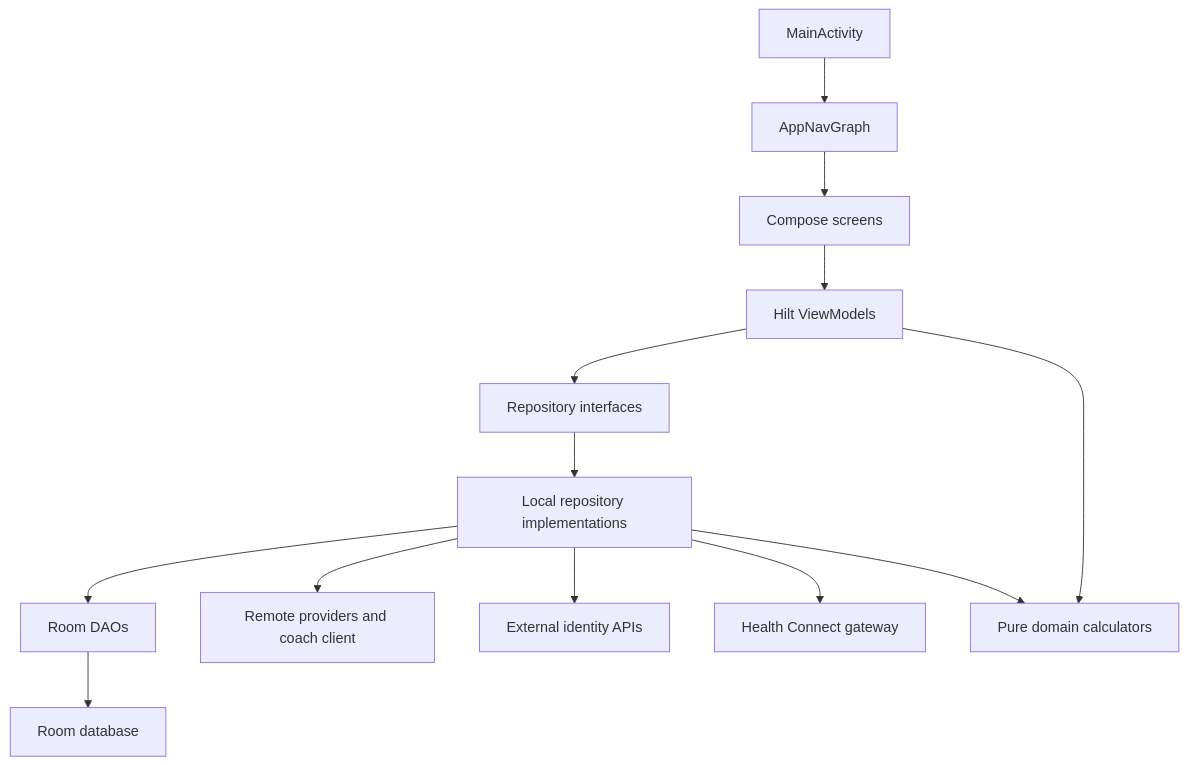
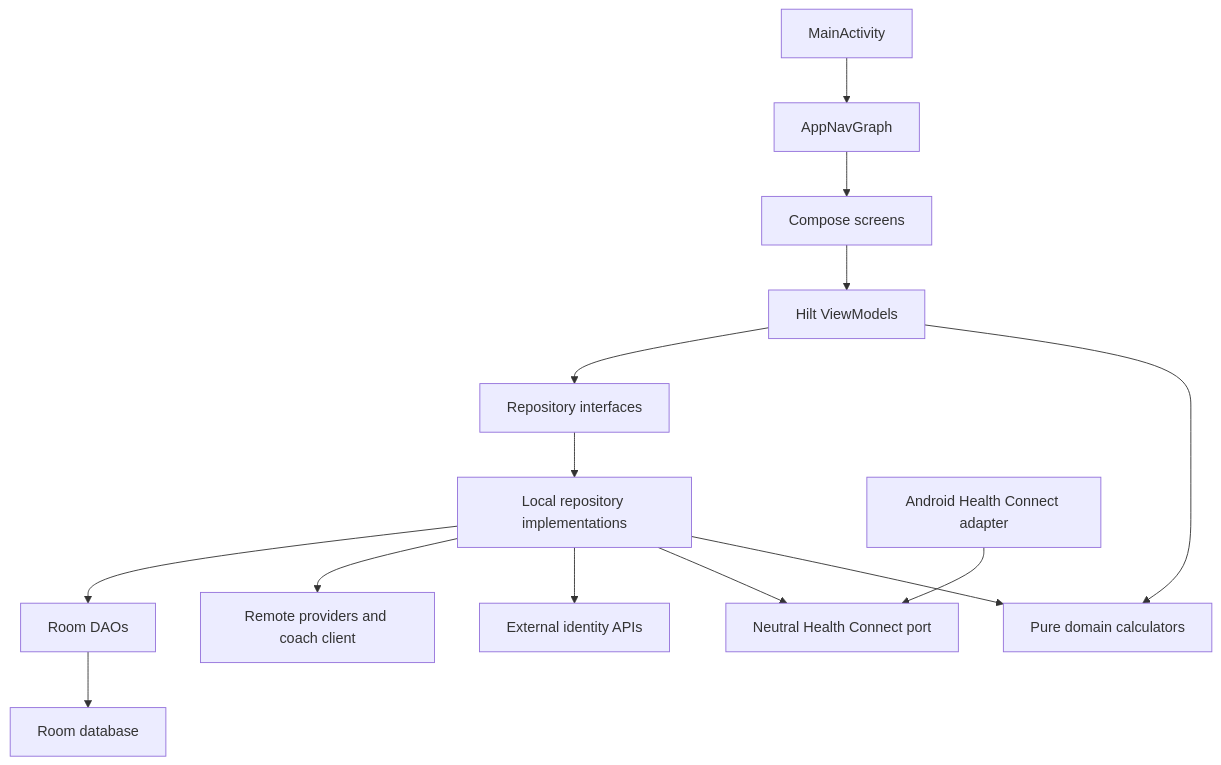
One commit to attmous/MusFit changed the diagram in docs/architecture/README.md. Above: the diagram before and after it, drawn with Mermaid. The commit also changed other lines of this file and 32 other files, not shown here.

Commit message:
refactor(architecture): close cross-layer boundaries

````diff
--- a/docs/architecture/README.md
+++ b/docs/architecture/README.md
@@ -80,28 +90,30 @@
 ```mermaid
 flowchart TD
     MainActivity["MainActivity"]
     Nav["AppNavGraph"]
     Screens["Compose screens"]
     ViewModels["Hilt ViewModels"]
     Repos["Repository interfaces"]
     LocalRepos["Local repository implementations"]
     DAOs["Room DAOs"]
     DB["Room database"]
     Remote["Remote providers and coach client"]
     AuthRemote["External identity APIs"]
-    Health["Health Connect gateway"]
+    HealthPort["Neutral Health Connect port"]
+    HealthAdapter["Android Health Connect adapter"]
     Domain["Pure domain calculators"]
 
     MainActivity --> Nav
     Nav --> Screens
     Screens --> ViewModels
     ViewModels --> Repos
     ViewModels --> Domain
     Repos --> LocalRepos
     LocalRepos --> DAOs
     LocalRepos --> Remote
     LocalRepos --> AuthRemote
-    LocalRepos --> Health
+    LocalRepos --> HealthPort
+    HealthAdapter --> HealthPort
     LocalRepos --> Domain
     DAOs --> DB
 ```
````
